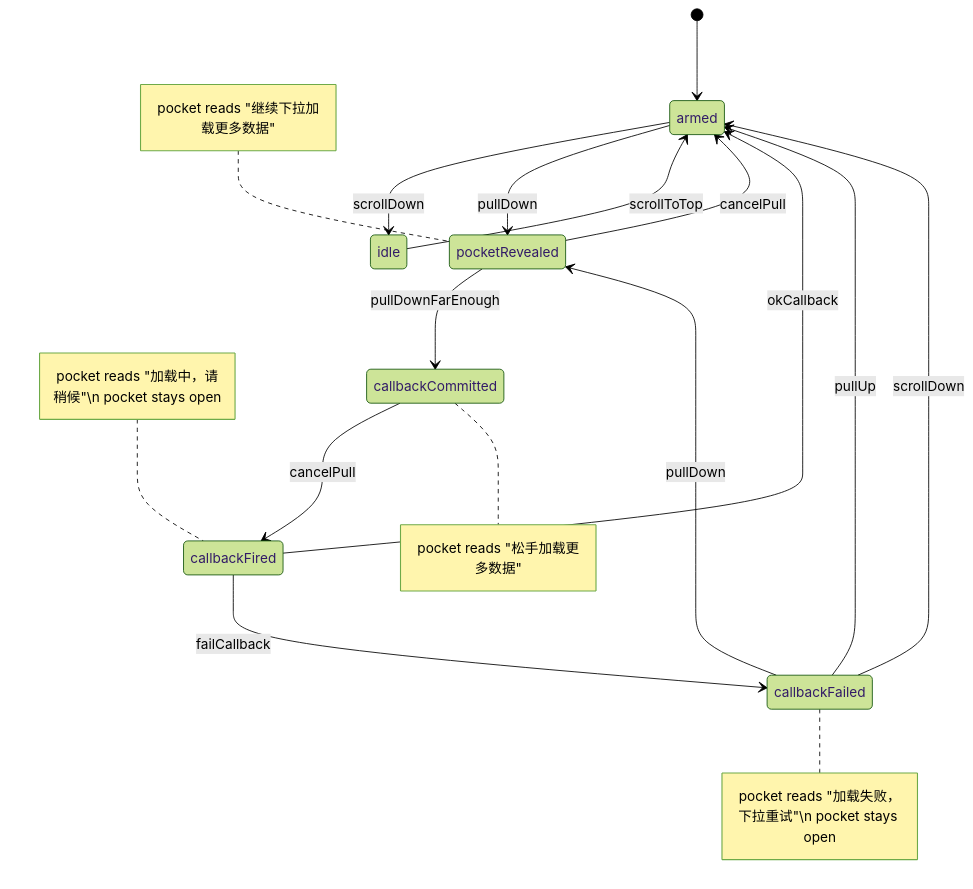
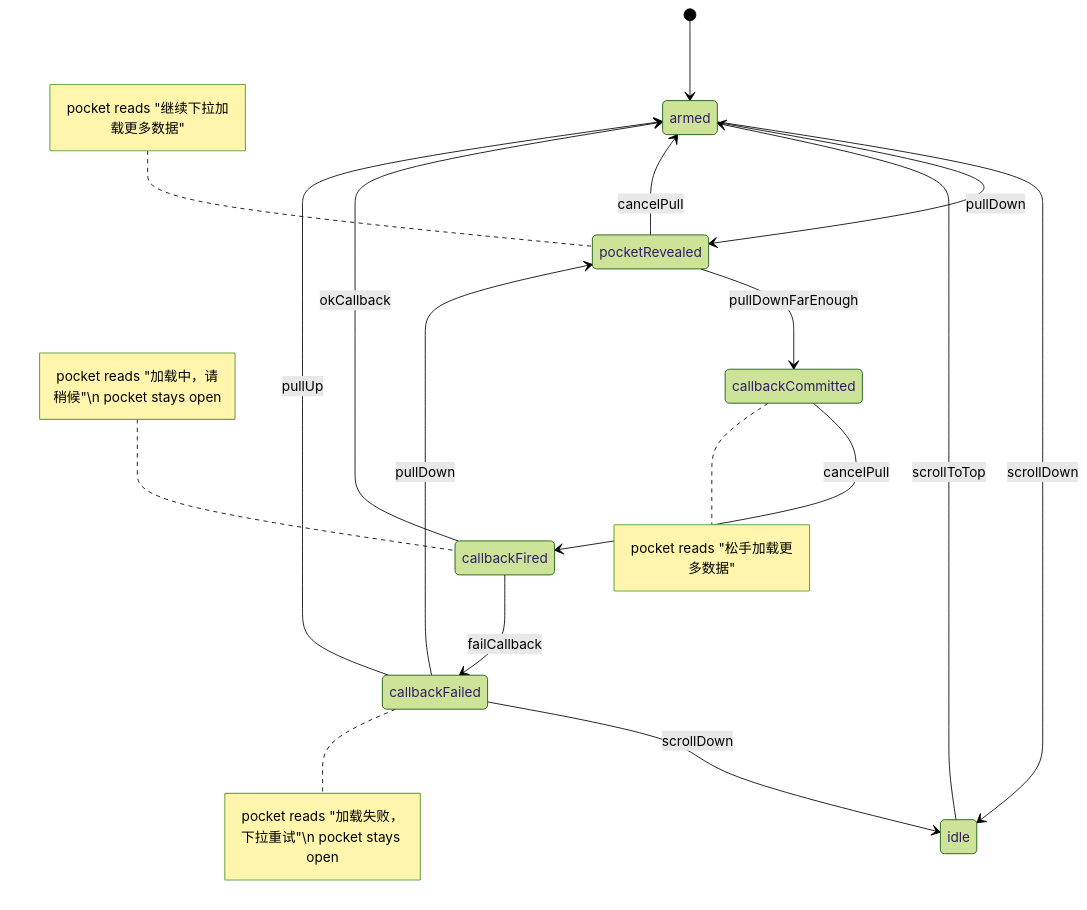
Before and after one commit to li6in9muyou/frontend-scratches: the diagram in README.md, drawn with Mermaid (forest theme). The commit also changed 1 other file, not shown here.

Commit message:
fix: scrollDown event misfire

````diff
--- a/README.md
+++ b/README.md
@@ -7,19 +7,19 @@
 ```mermaid
 stateDiagram-v2
     [*] --> armed
     armed --> idle: scrollDown
     idle --> armed: scrollToTop
     armed --> pocketRevealed: pullDown
     pocketRevealed --> armed: cancelPull
     pocketRevealed --> callbackCommitted: pullDownFarEnough
     callbackCommitted --> callbackFired: cancelPull
     callbackFired --> armed: okCallback
     callbackFailed --> armed: pullUp
-    callbackFailed --> armed: scrollDown
+    callbackFailed --> idle: scrollDown
     callbackFired --> callbackFailed: failCallback
     callbackFailed --> pocketRevealed: pullDown
     note left of pocketRevealed: pocket reads "继续下拉加载更多数据"
     note right of callbackCommitted: pocket reads "松手加载更多数据"
     note right of callbackFailed: pocket reads "加载失败，下拉重试"\n pocket stays open
     note left of callbackFired: pocket reads "加载中，请稍候"\n pocket stays open
 ```
````
